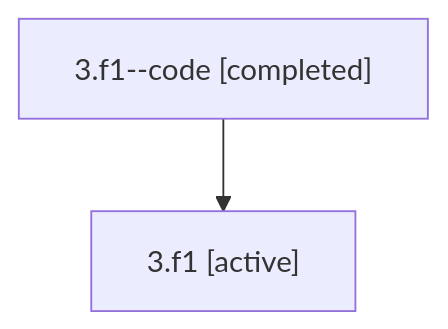
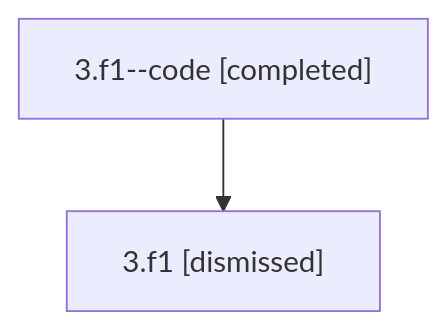
Before and after one commit to sase-org/sase--agents: the diagram in sessions/bbugyi200.athena.3.f1.md, drawn with Mermaid. The commit also changed other lines of this file and 32 other files, not shown here.

````diff
--- a/sessions/bbugyi200.athena.3.f1.md
+++ b/sessions/bbugyi200.athena.3.f1.md
@@ -9,6 +9,6 @@
 ```mermaid
 flowchart TD
   n0["3.f1--code [completed]"]
-  n1["3.f1 [active]"]
+  n1["3.f1 [dismissed]"]
   n0 --> n1
 ```
````
